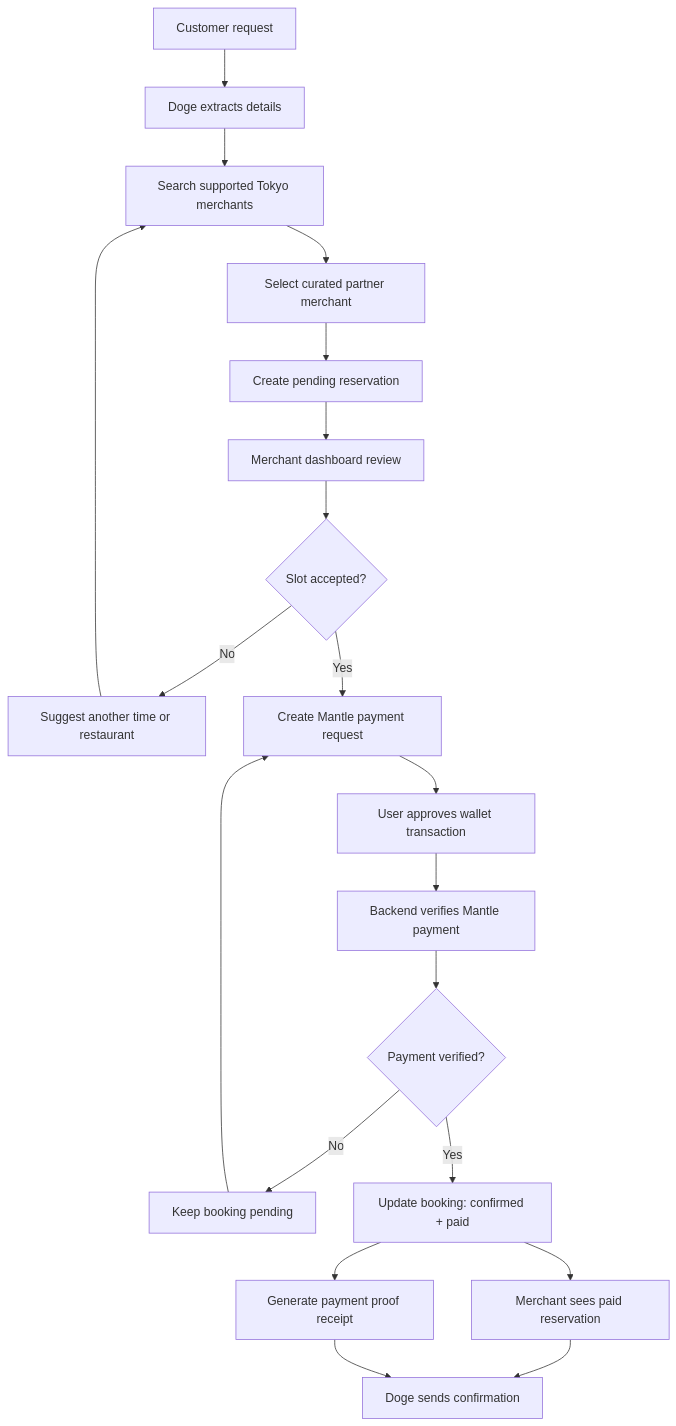
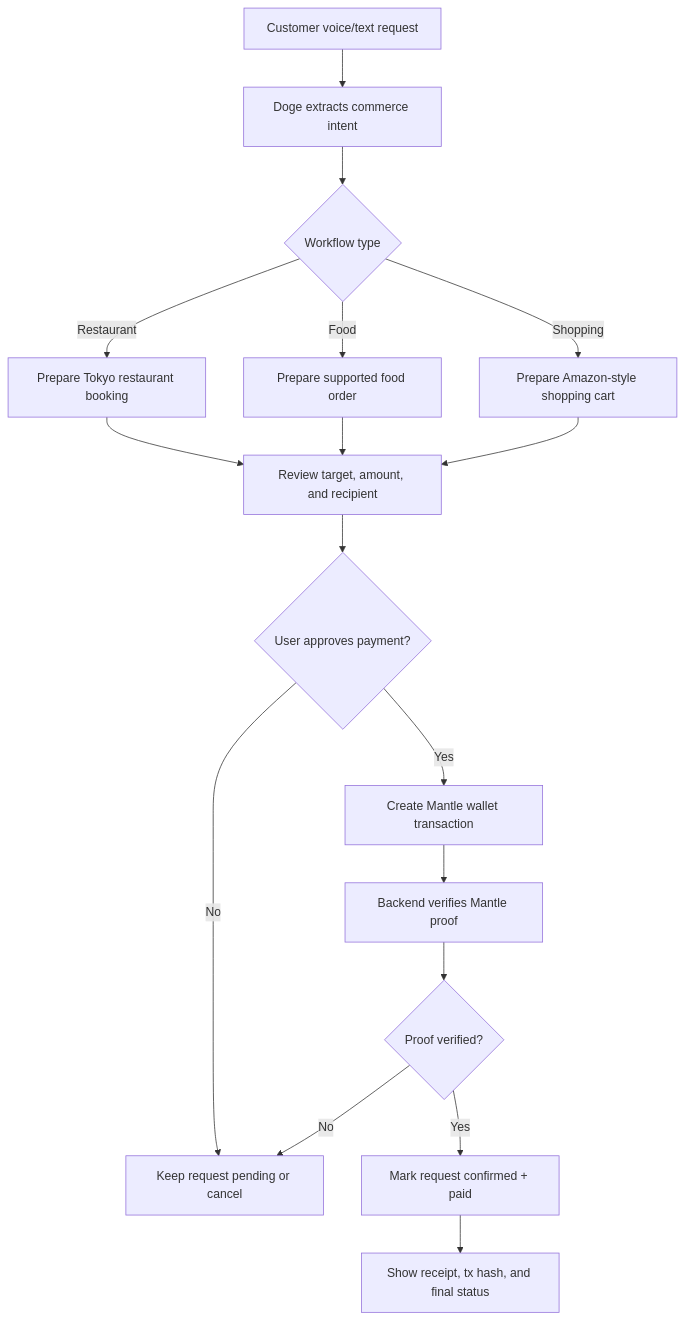
One commit to khurram-sysadmin/doge-payagent-prototype changed the diagram in flow.md. Above: the diagram before and after it, drawn with Mermaid. The commit also changed other lines of this file and 2 other files, not shown here.

````diff
--- a/flow.md
+++ b/flow.md
@@ -3,22 +3,19 @@
 ```mermaid
 flowchart TD
-  A["Customer request"] --> B["Doge extracts details"]
-  B --> C["Search supported Tokyo merchants"]
-  C --> C2["Select curated partner merchant"]
-  C2 --> D["Create pending reservation"]
-  D --> E["Merchant dashboard review"]
-  E --> F{"Slot accepted?"}
-  F -- "No" --> G["Suggest another time or restaurant"]
-  G --> C
-  F -- "Yes" --> H["Create Mantle payment request"]
-  H --> I["User approves wallet transaction"]
-  I --> J["Backend verifies Mantle payment"]
-  J --> K{"Payment verified?"}
-  K -- "No" --> L["Keep booking pending"]
-  L --> H
-  K -- "Yes" --> M["Update booking: confirmed + paid"]
-  M --> N["Merchant sees paid reservation"]
-  M --> O["Generate payment proof receipt"]
-  N --> P["Doge sends confirmation"]
-  O --> P
+  A["Customer voice/text request"] --> B["Doge extracts commerce intent"]
+  B --> C{"Workflow type"}
+  C -->|Restaurant| D["Prepare Tokyo restaurant booking"]
+  C -->|Food| E["Prepare supported food order"]
+  C -->|Shopping| F["Prepare Amazon-style shopping cart"]
+  D --> G["Review target, amount, and recipient"]
+  E --> G
+  F --> G
+  G --> H{"User approves payment?"}
+  H -- "No" --> I["Keep request pending or cancel"]
+  H -- "Yes" --> J["Create Mantle wallet transaction"]
+  J --> K["Backend verifies Mantle proof"]
+  K --> L{"Proof verified?"}
+  L -- "No" --> I
+  L -- "Yes" --> M["Mark request confirmed + paid"]
+  M --> N["Show receipt, tx hash, and final status"]
 ```
````
